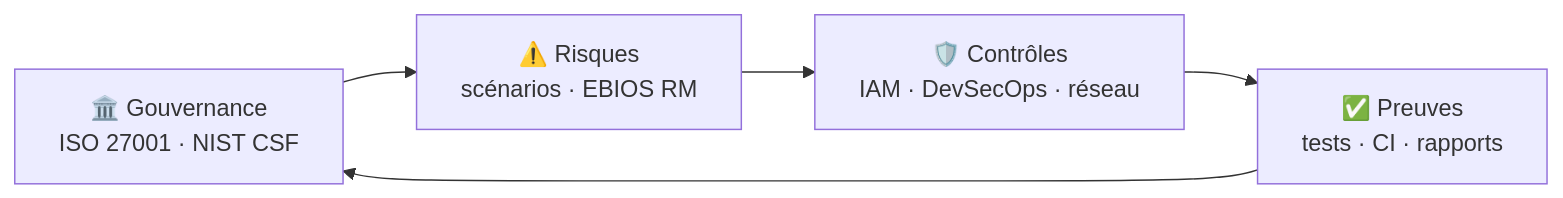
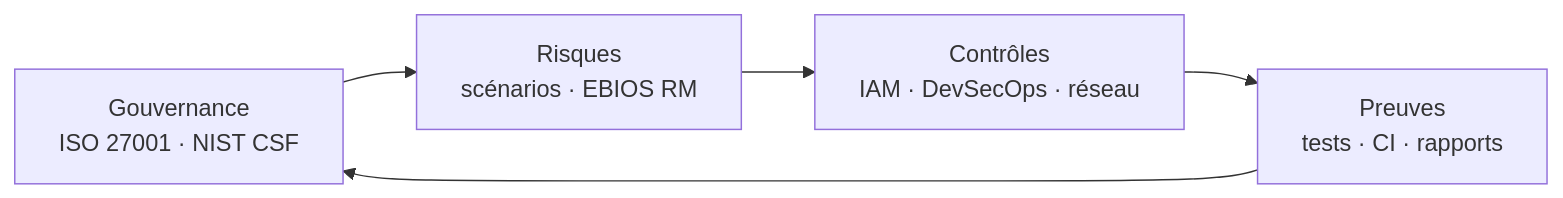
Before and after one commit to abedellah/abedellah: the diagram in README.md, drawn with Mermaid. The commit also changed other lines of this file, not shown here.

````diff
--- a/README.md
+++ b/README.md
@@ -32,7 +32,7 @@
 ```mermaid
 flowchart LR
-    A["🏛️ Gouvernance<br/>ISO 27001 · NIST CSF"] --> B["⚠️ Risques<br/>scénarios · EBIOS RM"]
-    B --> C["🛡️ Contrôles<br/>IAM · DevSecOps · réseau"]
-    C --> D["✅ Preuves<br/>tests · CI · rapports"]
+    A["Gouvernance<br/>ISO 27001 · NIST CSF"] --> B["Risques<br/>scénarios · EBIOS RM"]
+    B --> C["Contrôles<br/>IAM · DevSecOps · réseau"]
+    C --> D["Preuves<br/>tests · CI · rapports"]
     D --> A
 ```
````
